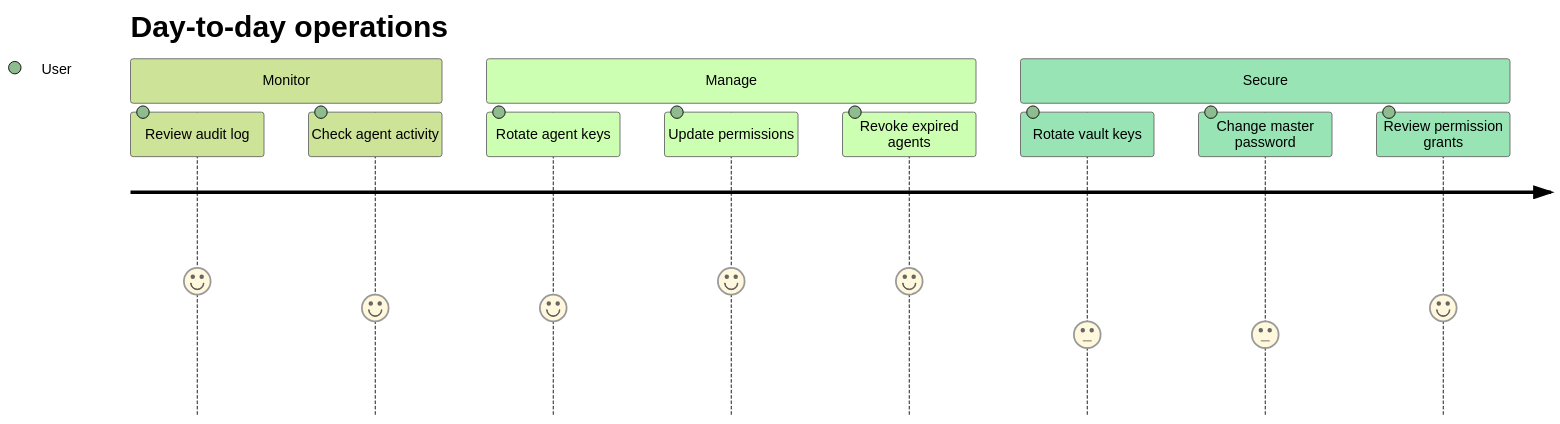
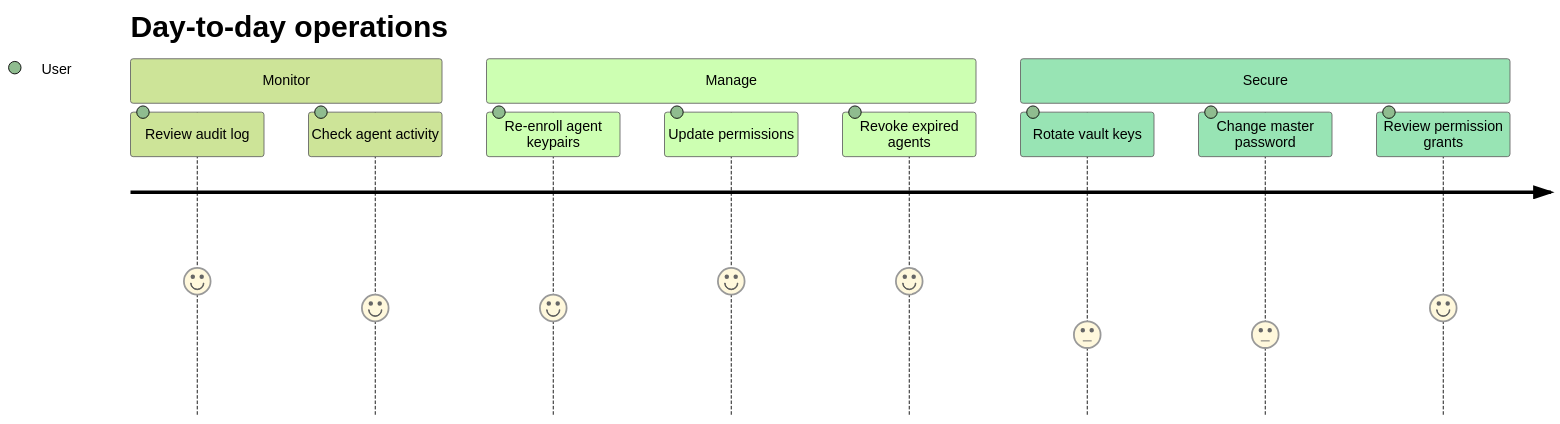
Before and after one commit to punitarani/abadge: diagram 20 of 20 in docs/flow.md, drawn with Mermaid (forest theme). The commit also changed other lines of this file and 100 other files, not shown here.

First line of the commit message:
Personal API keys (abu_) + remove legacy agent API keys (#181)

````diff
--- a/docs/flow.md
+++ b/docs/flow.md
@@ -501,15 +497,15 @@
 ```mermaid
 journey
   title Day-to-day operations
   section Monitor
     Review audit log: 5: User
     Check agent activity: 4: User
   section Manage
-    Rotate agent keys: 4: User
+    Re-enroll agent keypairs: 4: User
     Update permissions: 5: User
     Revoke expired agents: 5: User
   section Secure
     Rotate vault keys: 3: User
     Change master password: 3: User
     Review permission grants: 4: User
 ```
````
